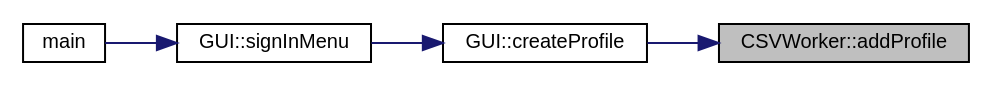
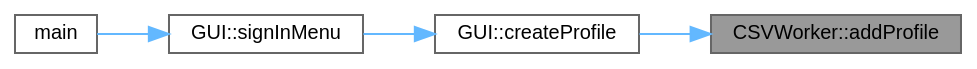
Before and after one commit to jesstyrrell/cosc345: the diagram in class_c_s_v_worker_ac98b30f76d058e7fff41a92382c7ecb5_icgraph.dot, drawn with Graphviz. The commit also changed 549 other files, not shown here.

```diff
--- a/class_c_s_v_worker_ac98b30f76d058e7fff41a92382c7ecb5_icgraph.dot
+++ b/class_c_s_v_worker_ac98b30f76d058e7fff41a92382c7ecb5_icgraph.dot
@@ -1,15 +1,16 @@
 digraph "CSVWorker::addProfile"
 {
  // INTERACTIVE_SVG=YES
  // LATEX_PDF_SIZE
-  edge [fontname="Helvetica",fontsize="10",labelfontname="Helvetica",labelfontsize="10"];
-  node [fontname="Helvetica",fontsize="10",shape=record];
+  bgcolor="transparent";
+  edge [fontname=Helvetica,fontsize=10,labelfontname=Helvetica,labelfontsize=10];
+  node [fontname=Helvetica,fontsize=10,shape=box,height=0.2,width=0.4];
   rankdir="RL";
-  Node1 [label="CSVWorker::addProfile",height=0.2,width=0.4,color="black", fillcolor="grey75", style="filled", fontcolor="black",tooltip=" "];
-  Node1 -> Node2 [dir="back",color="midnightblue",fontsize="10",style="solid",fontname="Helvetica"];
-  Node2 [label="GUI::createProfile",height=0.2,width=0.4,color="black", fillcolor="white", style="filled",URL="$class_g_u_i.html#a9e9d37ed78911ad4b67c1d7fa1c77767",tooltip="Creates a new player profile."];
-  Node2 -> Node3 [dir="back",color="midnightblue",fontsize="10",style="solid",fontname="Helvetica"];
-  Node3 [label="GUI::signInMenu",height=0.2,width=0.4,color="black", fillcolor="white", style="filled",URL="$class_g_u_i.html#acb96e4bfa59c6929e70a33c8c45f795b",tooltip="Prompts the user to sign in."];
-  Node3 -> Node4 [dir="back",color="midnightblue",fontsize="10",style="solid",fontname="Helvetica"];
-  Node4 [label="main",height=0.2,width=0.4,color="black", fillcolor="white", style="filled",URL="$main_8cpp.html#a0ddf1224851353fc92bfbff6f499fa97",tooltip=" "];
+  Node1 [id="Node000001",label="CSVWorker::addProfile",height=0.2,width=0.4,color="gray40", fillcolor="grey60", style="filled", fontcolor="black",tooltip=" "];
+  Node1 -> Node2 [id="edge1_Node000001_Node000002",dir="back",color="steelblue1",style="solid",tooltip=" "];
+  Node2 [id="Node000002",label="GUI::createProfile",height=0.2,width=0.4,color="grey40", fillcolor="white", style="filled",URL="$class_g_u_i.html#a9e9d37ed78911ad4b67c1d7fa1c77767",tooltip="Creates a new player profile."];
+  Node2 -> Node3 [id="edge2_Node000002_Node000003",dir="back",color="steelblue1",style="solid",tooltip=" "];
+  Node3 [id="Node000003",label="GUI::signInMenu",height=0.2,width=0.4,color="grey40", fillcolor="white", style="filled",URL="$class_g_u_i.html#acb96e4bfa59c6929e70a33c8c45f795b",tooltip="Prompts the user to sign in."];
+  Node3 -> Node4 [id="edge3_Node000003_Node000004",dir="back",color="steelblue1",style="solid",tooltip=" "];
+  Node4 [id="Node000004",label="main",height=0.2,width=0.4,color="grey40", fillcolor="white", style="filled",URL="$main_8cpp.html#a0ddf1224851353fc92bfbff6f499fa97",tooltip=" "];
 }
```
